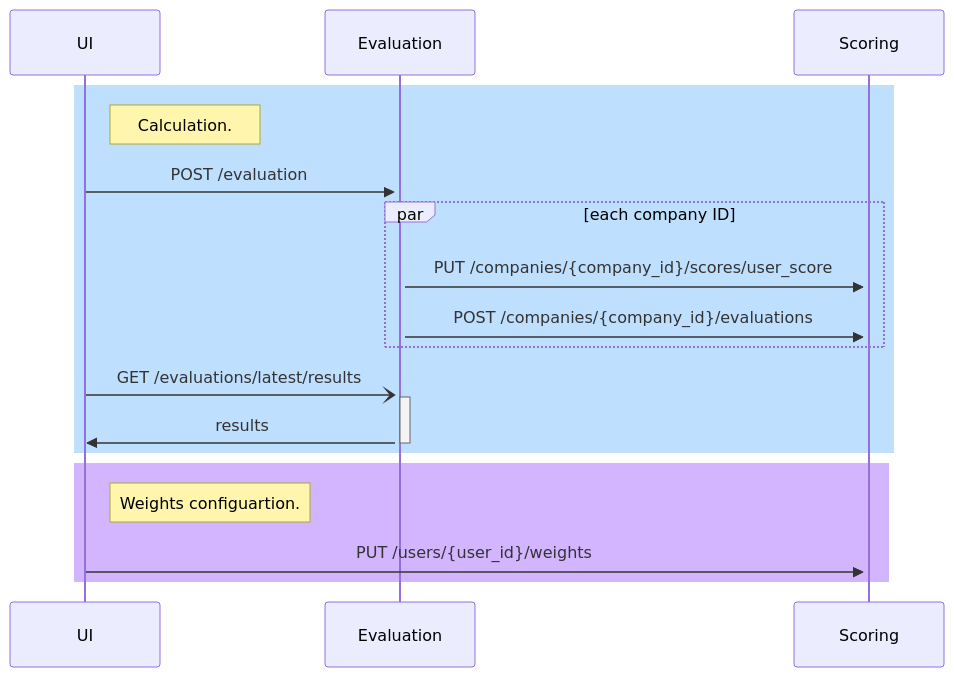
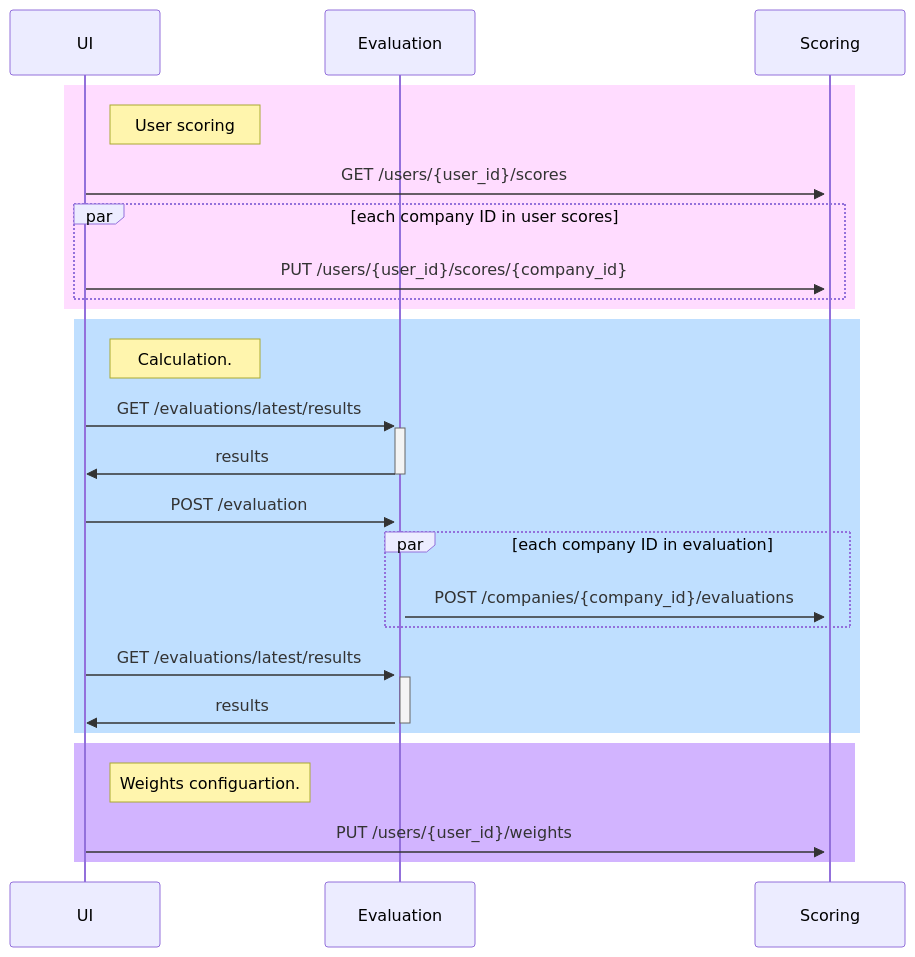
One commit to guyslab/company_evaluation changed the third of 3 diagrams in README.md. Above: the diagram before and after it, drawn with Mermaid. The commit also changed other lines of this file and 19 other files, not shown here.

````diff
--- a/README.md
+++ b/README.md
@@ -52,20 +61,28 @@
 ```mermaid
 sequenceDiagram
     participant UI
     participant Evaluation
     participant Scoring
+    rect rgb(255, 220, 255)
+        note right of UI: User scoring
+        UI->>+Scoring: GET /users/{user_id}/scores
+        par each company ID in user scores
+            UI->>+Scoring: PUT /users/{user_id}/scores/{company_id}
+        end
+    end
     rect rgb(191, 223, 255)
         note right of UI: Calculation.
+        UI->>+Evaluation: GET /evaluations/latest/results   
+        Evaluation->>-UI: results     
         UI->>+Evaluation: POST /evaluation
-        par each company ID
-            Evaluation->>+Scoring: PUT /companies/{company_id}/scores/user_score
+        par each company ID in evaluation
             Evaluation->>+Scoring: POST /companies/{company_id}/evaluations
         end
-        UI-)+Evaluation: GET /evaluations/latest/results
+        UI->>+Evaluation: GET /evaluations/latest/results
         Evaluation->>-UI: results
     end
     rect rgb(210, 180, 255)
         note right of UI: Weights configuartion.
         UI->>+Scoring: PUT /users/{user_id}/weights
-    end
+    end    
 ```
````
